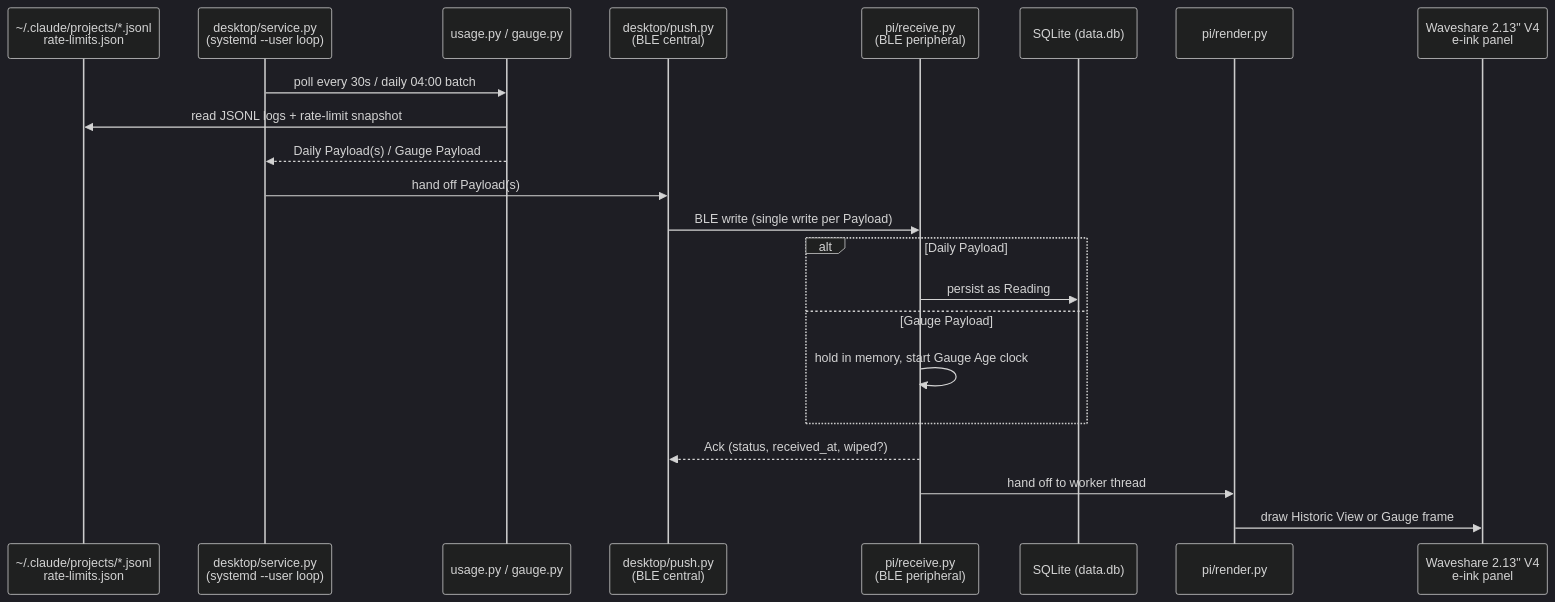
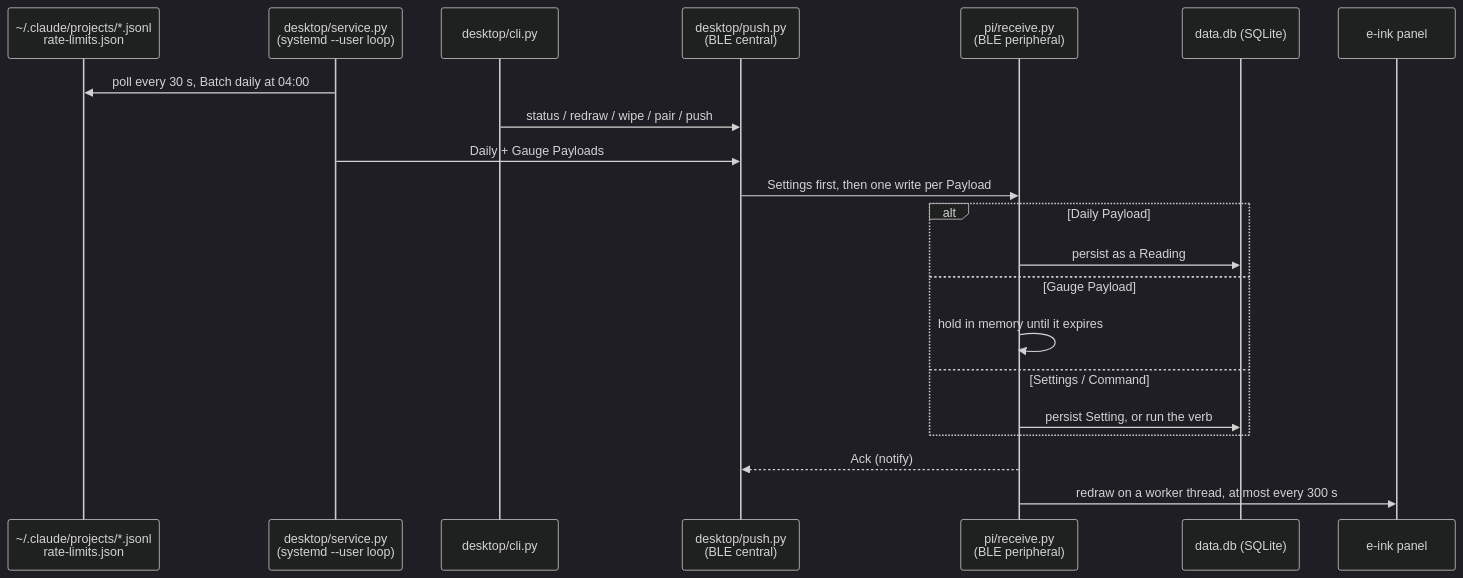
The diagram in README.md (peterderkoala/zeropi.display), drawn with Mermaid (dark theme) before and after one commit. The commit also changed other lines of this file, not shown here.

````diff
--- a/README.md
+++ b/README.md
@@ -46,25 +15,24 @@
 ```mermaid
 sequenceDiagram
     participant Logs as ~/.claude/projects/*.jsonl<br/>rate-limits.json
     participant Service as desktop/service.py<br/>(systemd --user loop)
-    participant Usage as usage.py / gauge.py
+    participant CLI as desktop/cli.py
     participant Push as desktop/push.py<br/>(BLE central)
     participant Receive as pi/receive.py<br/>(BLE peripheral)
-    participant DB as SQLite (data.db)
-    participant Render as pi/render.py
-    participant Panel as Waveshare 2.13" V4<br/>e-ink panel
+    participant DB as data.db (SQLite)
+    participant Panel as e-ink panel
 
-    Service->>Usage: poll every 30s / daily 04:00 batch
-    Usage->>Logs: read JSONL logs + rate-limit snapshot
-    Usage-->>Service: Daily Payload(s) / Gauge Payload
-    Service->>Push: hand off Payload(s)
-    Push->>Receive: BLE write (single write per Payload)
+    Service->>Logs: poll every 30 s, Batch daily at 04:00
+    CLI->>Push: status / redraw / wipe / pair / push
+    Service->>Push: Daily + Gauge Payloads
+    Push->>Receive: Settings first, then one write per Payload
     alt Daily Payload
-        Receive->>DB: persist as Reading
+        Receive->>DB: persist as a Reading
     else Gauge Payload
-        Receive->>Receive: hold in memory, start Gauge Age clock
+        Receive->>Receive: hold in memory until it expires
+    else Settings / Command
+        Receive->>DB: persist Setting, or run the verb
     end
-    Receive-->>Push: Ack (status, received_at, wiped?)
-    Receive->>Render: hand off to worker thread
-    Render->>Panel: draw Historic View or Gauge frame
+    Receive-->>Push: Ack (notify)
+    Receive->>Panel: redraw on a worker thread, at most every 300 s
 ```
````
